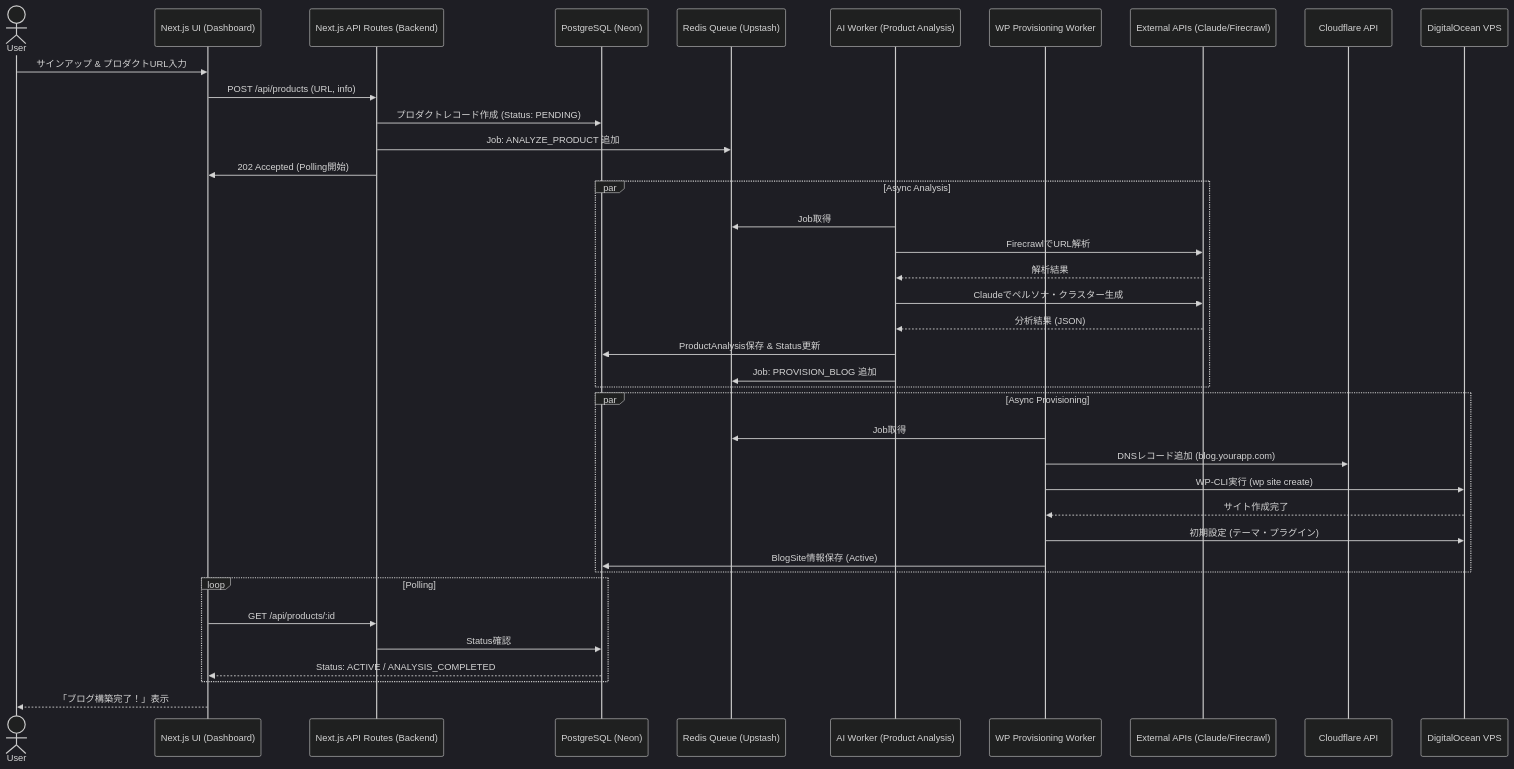
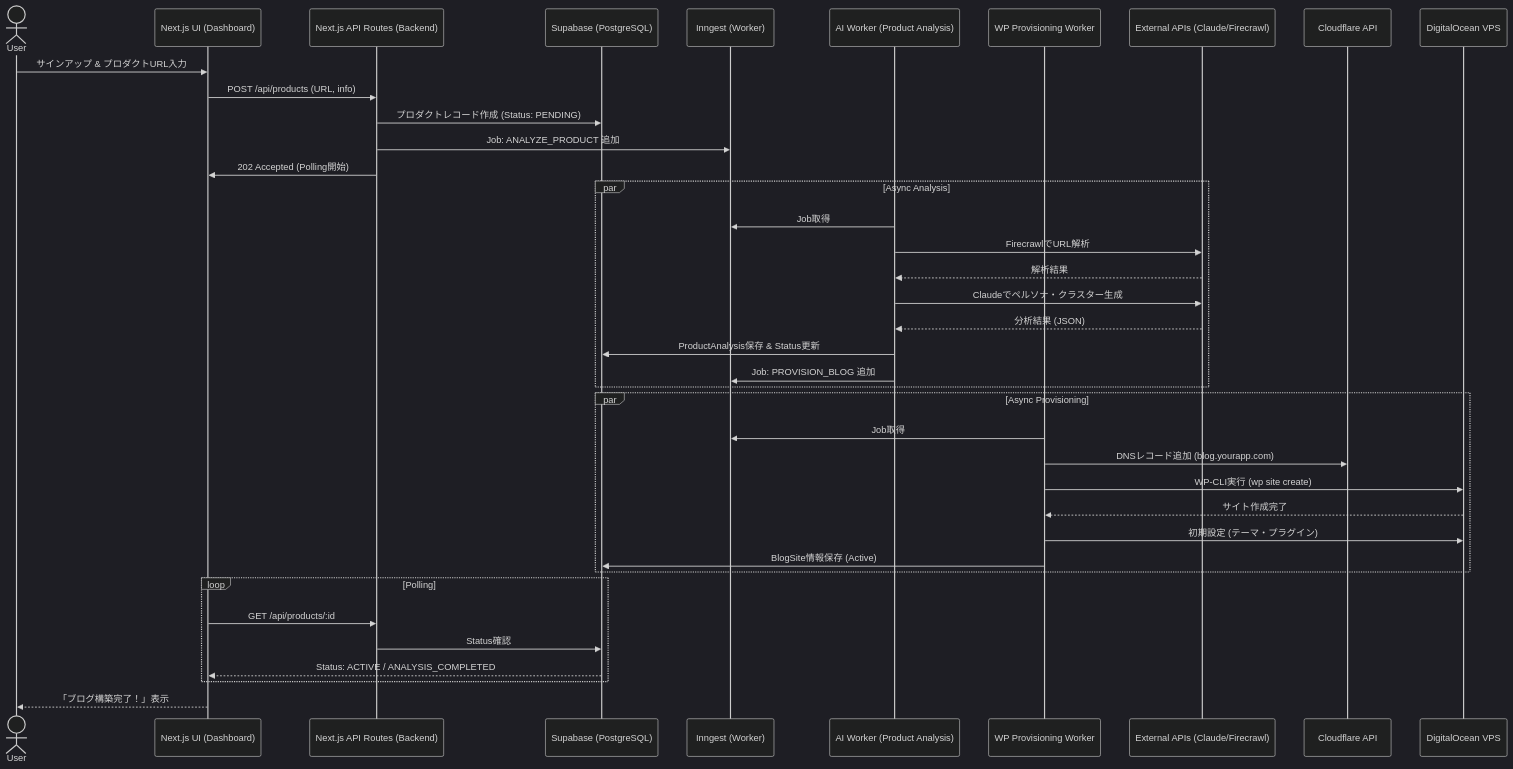
Before and after one commit to nakia73/AutoWordPress: the first of 2 diagrams in docs/architecture/05_Sequence_Diagrams.md, drawn with Mermaid (dark theme). The commit also changed other lines of this file and 22 other files, not shown here.

````diff
--- a/docs/architecture/05_Sequence_Diagrams.md
+++ b/docs/architecture/05_Sequence_Diagrams.md
@@ -10,46 +13,46 @@
 ```mermaid
 sequenceDiagram
     actor User
     participant NextUI as Next.js UI (Dashboard)
     participant NextAPI as Next.js API Routes (Backend)
-    participant DB as PostgreSQL (Neon)
-    participant Queue as Redis Queue (Upstash)
+    participant DB as Supabase (PostgreSQL)
+    participant Inngest as Inngest (Worker)
     participant Analyzer as AI Worker (Product Analysis)
     participant Provisioner as WP Provisioning Worker
     participant External as External APIs (Claude/Firecrawl)
     participant Cloudflare as Cloudflare API
     participant VPS as DigitalOcean VPS
 
     User->>NextUI: サインアップ & プロダクトURL入力
     NextUI->>NextAPI: POST /api/products (URL, info)
     NextAPI->>DB: プロダクトレコード作成 (Status: PENDING)
-    NextAPI->>Queue: Job: ANALYZE_PRODUCT 追加
+    NextAPI->>Inngest: Job: ANALYZE_PRODUCT 追加
     NextAPI->>NextUI: 202 Accepted (Polling開始)
 
     par Async Analysis
-        Analyzer->>Queue: Job取得
+        Analyzer->>Inngest: Job取得
         Analyzer->>External: FirecrawlでURL解析
         External-->>Analyzer: 解析結果
         Analyzer->>External: Claudeでペルソナ・クラスター生成
         External-->>Analyzer: 分析結果 (JSON)
         Analyzer->>DB: ProductAnalysis保存 & Status更新
-        Analyzer->>Queue: Job: PROVISION_BLOG 追加
+        Analyzer->>Inngest: Job: PROVISION_BLOG 追加
     end
 
     par Async Provisioning
-        Provisioner->>Queue: Job取得
+        Provisioner->>Inngest: Job取得
         Provisioner->>Cloudflare: DNSレコード追加 (blog.yourapp.com)
         Provisioner->>VPS: WP-CLI実行 (wp site create)
         VPS-->>Provisioner: サイト作成完了
         Provisioner->>VPS: 初期設定 (テーマ・プラグイン)
         Provisioner->>DB: BlogSite情報保存 (Active)
     end
 
     loop Polling
         NextUI->>NextAPI: GET /api/products/:id
         NextAPI->>DB: Status確認
         DB-->>NextUI: Status: ACTIVE / ANALYSIS_COMPLETED
     end
 
     NextUI-->>User: 「ブログ構築完了！」表示
 ```
````
